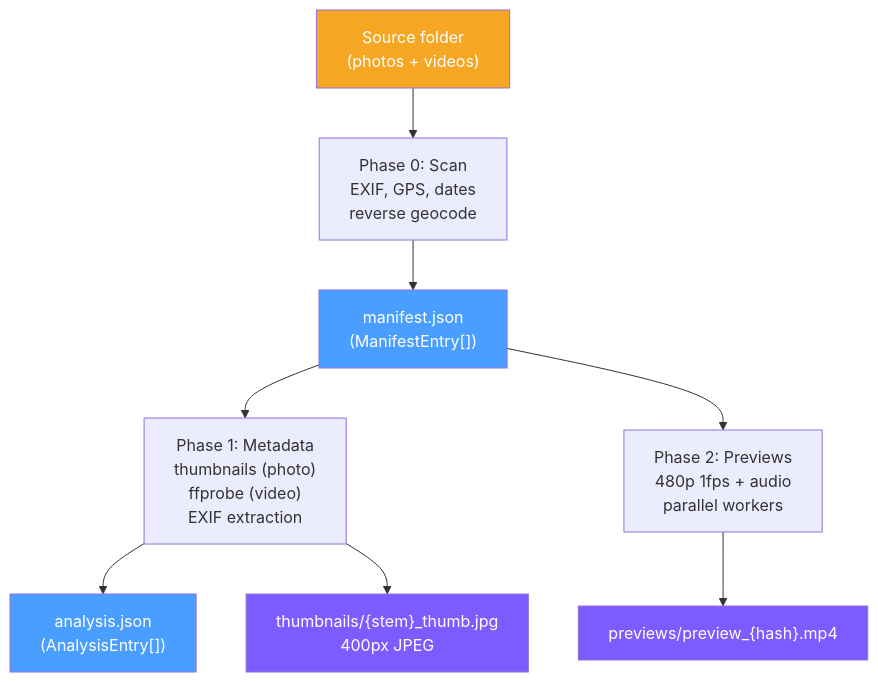
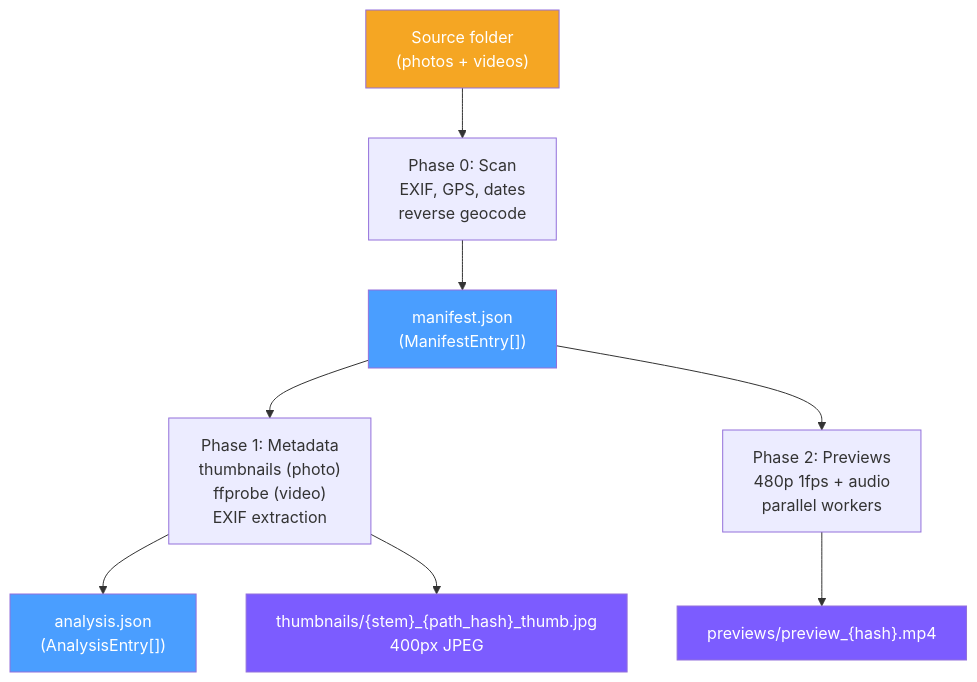
One commit to Guoyuer/reelsmith changed the second of 11 diagrams in docs/architecture.md. Above: the diagram before and after it, drawn with Mermaid. The commit also changed other lines of this file and 13 other files, not shown here.

````diff
--- a/docs/architecture.md
+++ b/docs/architecture.md
@@ -76,18 +76,18 @@
 ```mermaid
 flowchart TD
     SRC["Source folder<br/>(photos + videos)"] --> SCAN["Phase 0: Scan<br/>EXIF, GPS, dates<br/>reverse geocode"]
     SCAN --> MAN["manifest.json<br/>(ManifestEntry[])"]
 
     MAN --> META["Phase 1: Metadata<br/>thumbnails (photo)<br/>ffprobe (video)<br/>EXIF extraction"]
     META --> ANA["analysis.json<br/>(AnalysisEntry[])"]
-    META --> THM["thumbnails/{stem}_thumb.jpg<br/>400px JPEG"]
+    META --> THM["thumbnails/{stem}_{path_hash}_thumb.jpg<br/>400px JPEG"]
 
     MAN --> PREV["Phase 2: Previews<br/>480p 1fps + audio<br/>parallel workers"]
     PREV --> PRV["previews/preview_{hash}.mp4"]
 
     style SRC fill:#f5a623,color:#fff
     style MAN fill:#4a9eff,color:#fff
     style ANA fill:#4a9eff,color:#fff
     style THM fill:#7c5cff,color:#fff
     style PRV fill:#7c5cff,color:#fff
 ```
````
